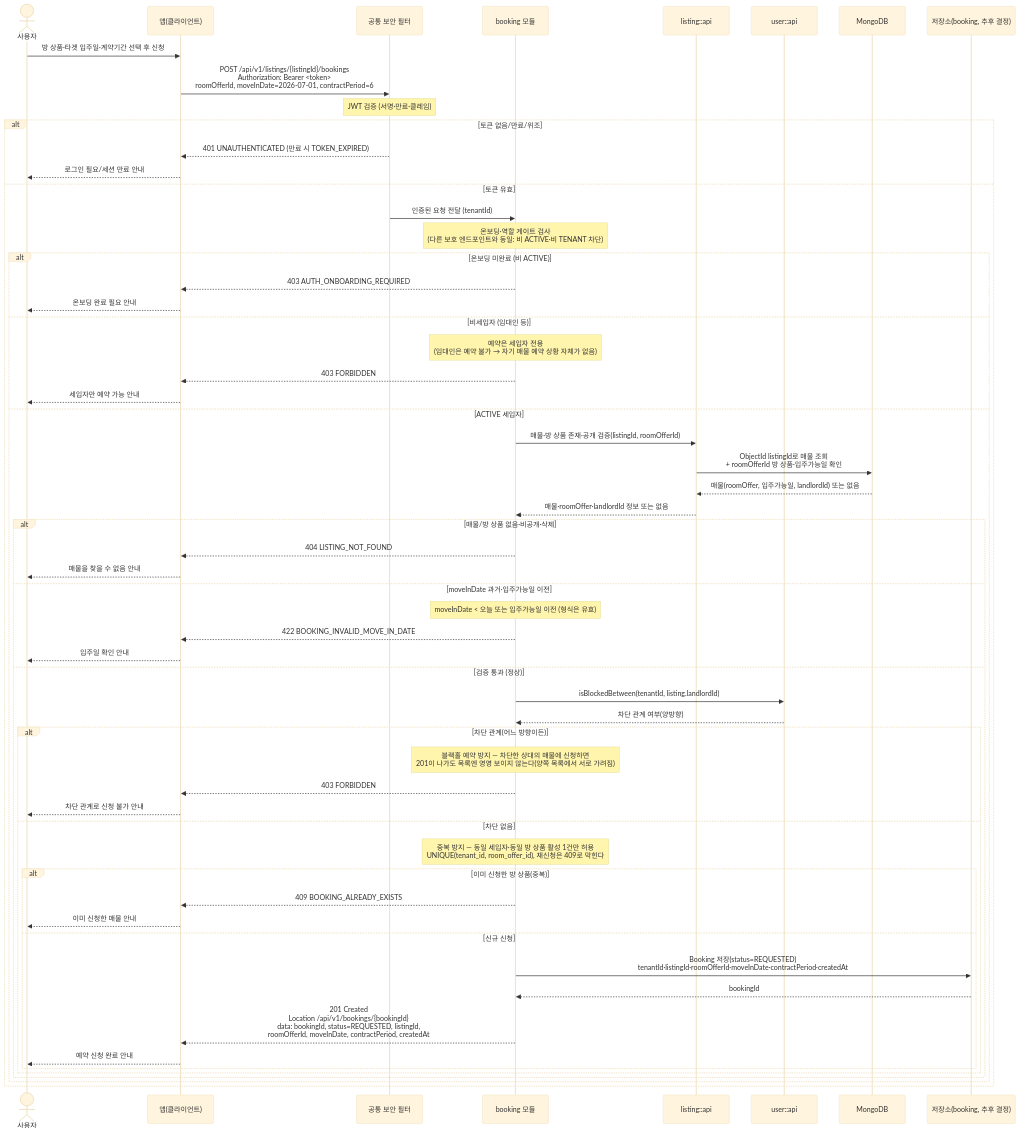
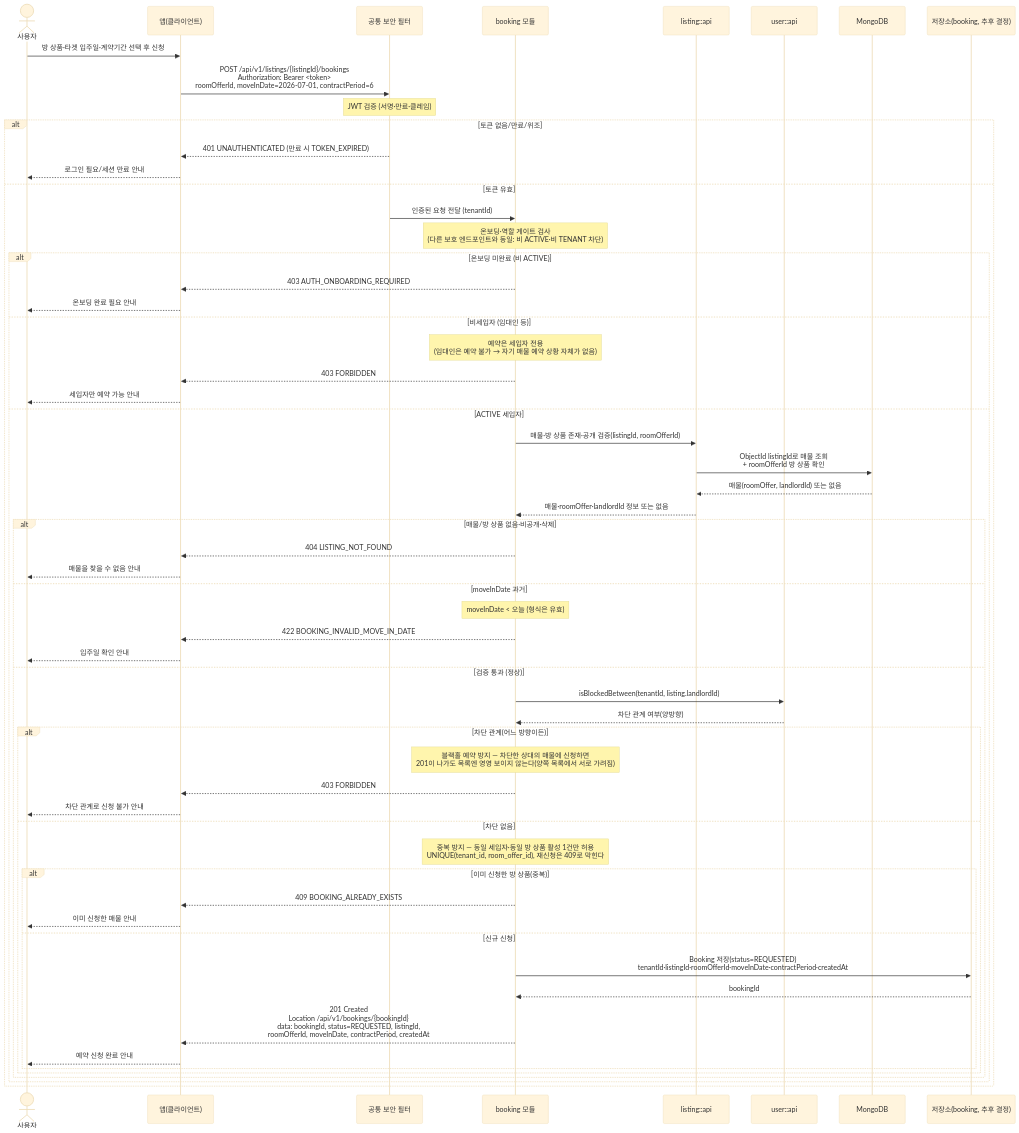
Before and after one commit to jameskim9509/Kohere-backend: the diagram in docs/architecture/sequence-diagrams/04-booking-inquiry-chat/us-4-1-booking-create.md, drawn with Mermaid (base theme). The commit also changed other lines of this file and 210 other files, not shown here.

````diff
--- a/docs/architecture/sequence-diagrams/04-booking-inquiry-chat/us-4-1-booking-create.md
+++ b/docs/architecture/sequence-diagrams/04-booking-inquiry-chat/us-4-1-booking-create.md
@@ -5,66 +5,66 @@
 ```mermaid
 sequenceDiagram
     actor U as 사용자
     participant C as 앱(클라이언트)
     participant SEC as 공통 보안 필터
     participant BOOK as booking 모듈
     participant LIST as listing::api
     participant USER as user::api
     participant MDB as MongoDB
     participant XDB as 저장소(booking, 추후 결정)
 
     U->>C: 방 상품·타겟 입주일·계약기간 선택 후 신청
     C->>SEC: POST /api/v1/listings/{listingId}/bookings<br/>Authorization: Bearer <token><br/>roomOfferId, moveInDate=2026-07-01, contractPeriod=6
     Note over SEC: JWT 검증 (서명·만료·클레임)
 
     alt 토큰 없음/만료/위조
         SEC-->>C: 401 UNAUTHENTICATED (만료 시 TOKEN_EXPIRED)
         C-->>U: 로그인 필요/세션 만료 안내
     else 토큰 유효
         SEC->>BOOK: 인증된 요청 전달 (tenantId)
         Note over BOOK: 온보딩·역할 게이트 검사<br/>(다른 보호 엔드포인트와 동일: 비 ACTIVE·비 TENANT 차단)
 
         alt 온보딩 미완료 (비 ACTIVE)
             BOOK-->>C: 403 AUTH_ONBOARDING_REQUIRED
             C-->>U: 온보딩 완료 필요 안내
         else 비세입자 (임대인 등)
             Note over BOOK: 예약은 세입자 전용<br/>(임대인은 예약 불가 → 자기 매물 예약 상황 자체가 없음)
             BOOK-->>C: 403 FORBIDDEN
             C-->>U: 세입자만 예약 가능 안내
         else ACTIVE 세입자
             BOOK->>LIST: 매물·방 상품 존재·공개 검증(listingId, roomOfferId)
-            LIST->>MDB: ObjectId listingId로 매물 조회<br/>+ roomOfferId 방 상품·입주가능일 확인
-            MDB-->>LIST: 매물(roomOffer, 입주가능일, landlordId) 또는 없음
+            LIST->>MDB: ObjectId listingId로 매물 조회<br/>+ roomOfferId 방 상품 확인
+            MDB-->>LIST: 매물(roomOffer, landlordId) 또는 없음
             LIST-->>BOOK: 매물·roomOffer·landlordId 정보 또는 없음
 
             alt 매물/방 상품 없음·비공개·삭제
                 BOOK-->>C: 404 LISTING_NOT_FOUND
                 C-->>U: 매물을 찾을 수 없음 안내
-            else moveInDate 과거·입주가능일 이전
-                Note over BOOK: moveInDate < 오늘 또는 입주가능일 이전 (형식은 유효)
+            else moveInDate 과거
+                Note over BOOK: moveInDate < 오늘 (형식은 유효)
                 BOOK-->>C: 422 BOOKING_INVALID_MOVE_IN_DATE
                 C-->>U: 입주일 확인 안내
             else 검증 통과 (정상)
                 BOOK->>USER: isBlockedBetween(tenantId, listing.landlordId)
                 USER-->>BOOK: 차단 관계 여부(양방향)
 
                 alt 차단 관계(어느 방향이든)
                     Note over BOOK: 블랙홀 예약 방지 — 차단한 상대의 매물에 신청하면<br/>201이 나가도 목록엔 영영 보이지 않는다(양쪽 목록에서 서로 가려짐)
                     BOOK-->>C: 403 FORBIDDEN
                     C-->>U: 차단 관계로 신청 불가 안내
                 else 차단 없음
                     Note over BOOK: 중복 방지 — 동일 세입자·동일 방 상품 활성 1건만 허용<br/>UNIQUE(tenant_id, room_offer_id), 재신청은 409로 막힌다
                     alt 이미 신청한 방 상품(중복)
                         BOOK-->>C: 409 BOOKING_ALREADY_EXISTS
                         C-->>U: 이미 신청한 매물 안내
                     else 신규 신청
                         BOOK->>XDB: Booking 저장(status=REQUESTED)<br/>tenantId·listingId·roomOfferId·moveInDate·contractPeriod·createdAt
                         XDB-->>BOOK: bookingId
                         BOOK-->>C: 201 Created<br/>Location /api/v1/bookings/{bookingId}<br/>data: bookingId, status=REQUESTED, listingId,<br/>roomOfferId, moveInDate, contractPeriod, createdAt
                         C-->>U: 예약 신청 완료 안내
                     end
                 end
             end
         end
     end
 ```
````
